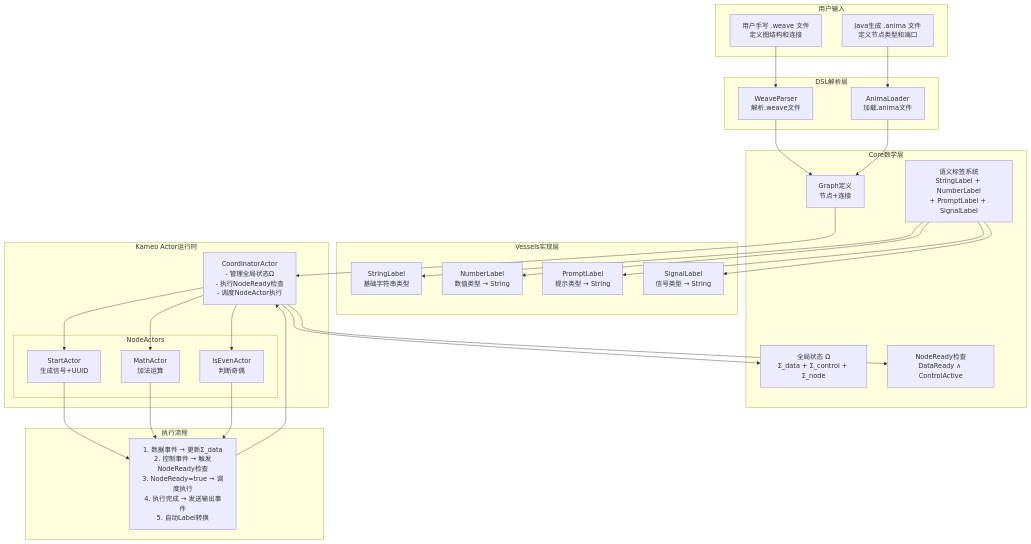
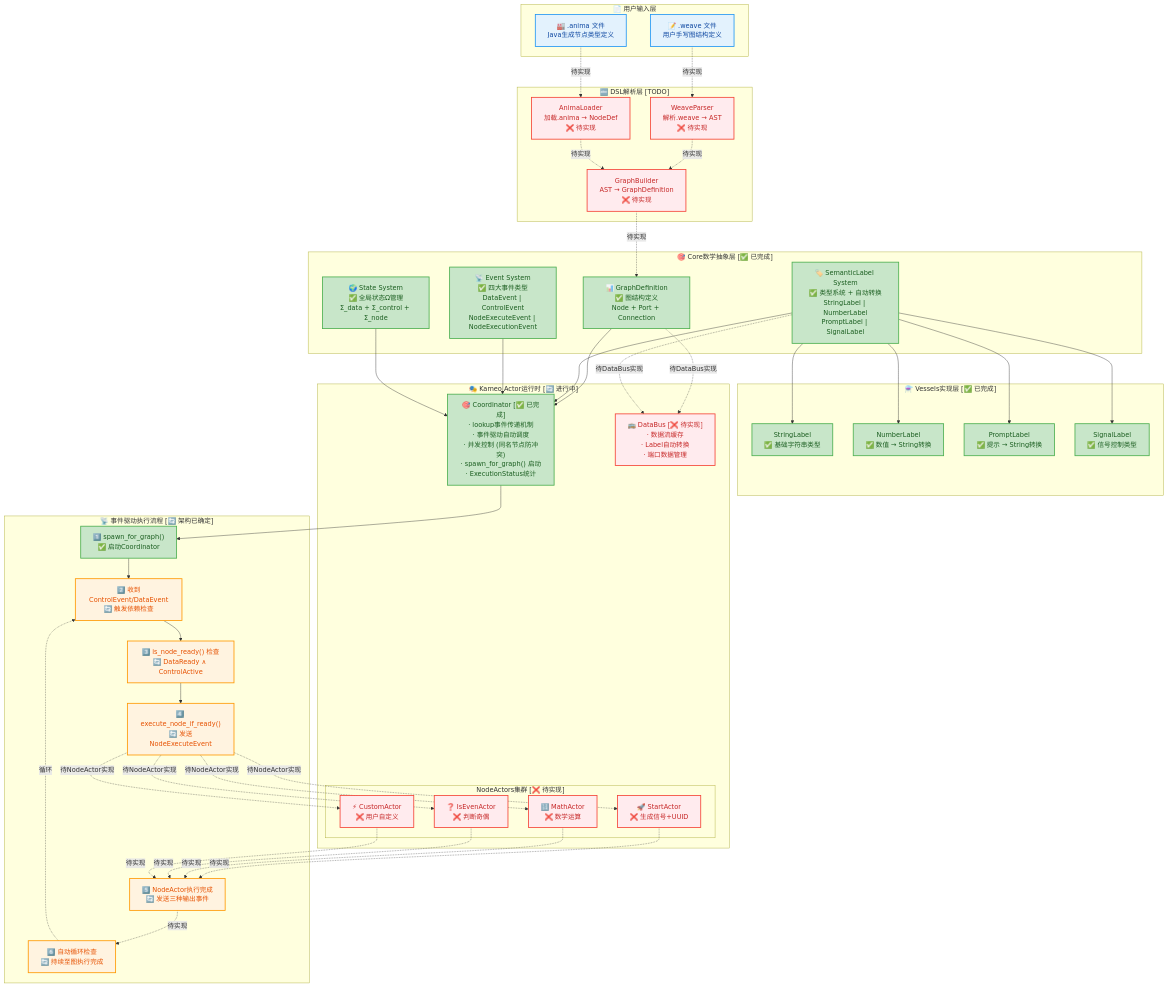
One commit to SeeleFelix/LadySion changed the first of 2 diagrams in anima-weave-rust/PROGRESS.md. Above: the diagram before and after it, drawn with Mermaid. The commit also changed other lines of this file and 20 other files, not shown here.

````diff
--- a/anima-weave-rust/PROGRESS.md
+++ b/anima-weave-rust/PROGRESS.md
@@ -5,63 +5,107 @@
 ```mermaid
 graph TB
-    subgraph "用户输入"
-        WeaveFile["用户手写 .weave 文件<br/>定义图结构和连接"]
-        AnimaFile["Java生成 .anima 文件<br/>定义节点类型和端口"]
+    %% 用户输入层
+    subgraph "📄 用户输入层"
+        WeaveFile["📝 .weave 文件<br/>用户手写图结构定义"]
+        AnimaFile["🏭 .anima 文件<br/>Java生成节点类型定义"]
     end
-
-    subgraph "DSL解析层"
-        WeaveParser["WeaveParser<br/>解析.weave文件"]
-        AnimaLoader["AnimaLoader<br/>加载.anima文件"]
+    
+    %% DSL解析层 (未实现)
+    subgraph "🔤 DSL解析层 [TODO]"
+        WeaveParser["WeaveParser<br/>解析.weave → AST<br/>❌ 待实现"]
+        AnimaLoader["AnimaLoader<br/>加载.anima → NodeDef<br/>❌ 待实现"]
+        GraphBuilder["GraphBuilder<br/>AST → GraphDefinition<br/>❌ 待实现"]
     end
-
-    subgraph "Core数学层"
-        Omega["全局状态 Ω<br/>Σ_data + Σ_control + Σ_node"]
-        GraphDef["Graph定义<br/>节点+连接"]
-        NodeReady["NodeReady检查<br/>DataReady ∧ ControlActive"]
-        SemanticLabels["语义标签系统<br/>StringLabel + NumberLabel<br/>+ PromptLabel + SignalLabel"]
+    
+    %% Core数学抽象层 (已完成)
+    subgraph "🎯 Core数学抽象层 [✅ 已完成]"
+        GraphDef["📊 GraphDefinition<br/>✅ 图结构定义<br/>Node + Port + Connection"]
+        SemanticLabels["🏷️ SemanticLabel System<br/>✅ 类型系统 + 自动转换<br/>StringLabel | NumberLabel<br/>PromptLabel | SignalLabel"]
+        EventSystem["📡 Event System<br/>✅ 四大事件类型<br/>DataEvent | ControlEvent<br/>NodeExecuteEvent | NodeExecutionEvent"]
+        StateSystem["🌍 State System<br/>✅ 全局状态Ω管理<br/>Σ_data + Σ_control + Σ_node"]
     end
-
-    subgraph "Vessels实现层"
-        StringLabel["StringLabel<br/>基础字符串类型"]
-        NumberLabel["NumberLabel<br/>数值类型 → String"]
-        PromptLabel["PromptLabel<br/>提示类型 → String"]
-        SignalLabel["SignalLabel<br/>信号类型 → String"]
+    
+    %% Vessels实现层 (已完成)
+    subgraph "⚗️ Vessels实现层 [✅ 已完成]"
+        StringLabelImpl["StringLabel<br/>✅ 基础字符串类型"]
+        NumberLabelImpl["NumberLabel<br/>✅ 数值 → String转换"]
+        PromptLabelImpl["PromptLabel<br/>✅ 提示 → String转换"]
+        SignalLabelImpl["SignalLabel<br/>✅ 信号控制类型"]
     end
-
-    subgraph "Kameo Actor运行时"
-        CoordActor["CoordinatorActor<br/>- 管理全局状态Ω<br/>- 执行NodeReady检查<br/>- 调度NodeActor执行"]
+    
+    %% Actor运行时层 (部分完成)
+    subgraph "🎭 Kameo Actor运行时 [🔄 进行中]"
+        CoordActor["🎯 Coordinator [✅ 已完成]<br/>· lookup事件传递机制<br/>· 事件驱动自动调度<br/>· 并发控制 (同名节点防冲突)<br/>· spawn_for_graph() 启动<br/>· ExecutionStatus统计"]
         
-        subgraph "NodeActors"
-            StartActor["StartActor<br/>生成信号+UUID"]
-            MathActor["MathActor<br/>加法运算"]
-            IsEvenActor["IsEvenActor<br/>判断奇偶"]
+        DataBus["🚌 DataBus [❌ 待实现]<br/>· 数据流缓存<br/>· Label自动转换<br/>· 端口数据管理"]
+        
+        subgraph "NodeActors集群 [❌ 待实现]"
+            StartActor["🚀 StartActor<br/>❌ 生成信号+UUID"]
+            MathActor["🔢 MathActor<br/>❌ 数学运算"]
+            IsEvenActor["❓ IsEvenActor<br/>❌ 判断奇偶"]
+            CustomActor["⚡ CustomActor<br/>❌ 用户自定义"]
         end
     end
-
-    subgraph "执行流程"
-        EventFlow["1. 数据事件 → 更新Σ_data<br/>2. 控制事件 → 触发NodeReady检查<br/>3. NodeReady=true → 调度执行<br/>4. 执行完成 → 发送输出事件<br/>5. 自动Label转换"]
+    
+    %% 事件驱动执行流程 (架构已确定)
+    subgraph "📡 事件驱动执行流程 [🔄 架构已确定]"
+        EventFlow1["1️⃣ spawn_for_graph()<br/>✅ 启动Coordinator"]
+        EventFlow2["2️⃣ 收到ControlEvent/DataEvent<br/>🔄 触发依赖检查"]
+        EventFlow3["3️⃣ is_node_ready() 检查<br/>🔄 DataReady ∧ ControlActive"]
+        EventFlow4["4️⃣ execute_node_if_ready()<br/>🔄 发送NodeExecuteEvent"]
+        EventFlow5["5️⃣ NodeActor执行完成<br/>🔄 发送三种输出事件"]
+        EventFlow6["6️⃣ 自动循环检查<br/>🔄 持续至图执行完成"]
     end
-
-    WeaveFile --> WeaveParser
-    AnimaFile --> AnimaLoader
-    WeaveParser --> GraphDef
-    AnimaLoader --> GraphDef
     
+    %% 连接关系 - 构建阶段
+    WeaveFile -.->|"待实现"| WeaveParser
+    AnimaFile -.->|"待实现"| AnimaLoader
+    WeaveParser -.->|"待实现"| GraphBuilder
+    AnimaLoader -.->|"待实现"| GraphBuilder
+    GraphBuilder -.->|"待实现"| GraphDef
+    
+    %% 已完成的连接
     GraphDef --> CoordActor
-    CoordActor --> Omega
-    CoordActor --> NodeReady
+    SemanticLabels --> CoordActor
+    EventSystem --> CoordActor
+    StateSystem --> CoordActor
     
-    SemanticLabels --> StringLabel
-    SemanticLabels --> NumberLabel
-    SemanticLabels --> PromptLabel
-    SemanticLabels --> SignalLabel
+    SemanticLabels --> StringLabelImpl
+    SemanticLabels --> NumberLabelImpl  
+    SemanticLabels --> PromptLabelImpl
+    SemanticLabels --> SignalLabelImpl
     
-    CoordActor --> StartActor
-    CoordActor --> MathActor  
-    CoordActor --> IsEvenActor
+    %% 待实现的连接
+    GraphDef -.->|"待DataBus实现"| DataBus
+    SemanticLabels -.->|"待DataBus实现"| DataBus
     
-    StartActor --> EventFlow
-    MathActor --> EventFlow
-    IsEvenActor --> EventFlow
-    EventFlow --> CoordActor
+    %% 事件流程
+    CoordActor --> EventFlow1
+    EventFlow1 --> EventFlow2
+    EventFlow2 --> EventFlow3  
+    EventFlow3 --> EventFlow4
+    EventFlow4 -.->|"待NodeActor实现"| StartActor
+    EventFlow4 -.->|"待NodeActor实现"| MathActor
+    EventFlow4 -.->|"待NodeActor实现"| IsEvenActor
+    EventFlow4 -.->|"待NodeActor实现"| CustomActor
+    
+    %% 反馈循环 (待实现)
+    StartActor -.->|"待实现"| EventFlow5
+    MathActor -.->|"待实现"| EventFlow5
+    IsEvenActor -.->|"待实现"| EventFlow5
+    CustomActor -.->|"待实现"| EventFlow5
+    EventFlow5 -.->|"待实现"| EventFlow6
+    EventFlow6 -.->|"循环"| EventFlow2
+    
+    %% 样式定义
+    classDef completed fill:#c8e6c9,stroke:#4caf50,stroke-width:2px,color:#1b5e20
+    classDef inProgress fill:#fff3e0,stroke:#ff9800,stroke-width:2px,color:#e65100
+    classDef todo fill:#ffebee,stroke:#f44336,stroke-width:2px,color:#c62828
+    classDef system fill:#e3f2fd,stroke:#2196f3,stroke-width:2px,color:#0d47a1
+    
+    %% 应用样式
+    class GraphDef,SemanticLabels,EventSystem,StateSystem,StringLabelImpl,NumberLabelImpl,PromptLabelImpl,SignalLabelImpl,CoordActor,EventFlow1 completed
+    class EventFlow2,EventFlow3,EventFlow4,EventFlow5,EventFlow6 inProgress
+    class WeaveParser,AnimaLoader,GraphBuilder,DataBus,StartActor,MathActor,IsEvenActor,CustomActor todo
+    class WeaveFile,AnimaFile system
 ```
````
